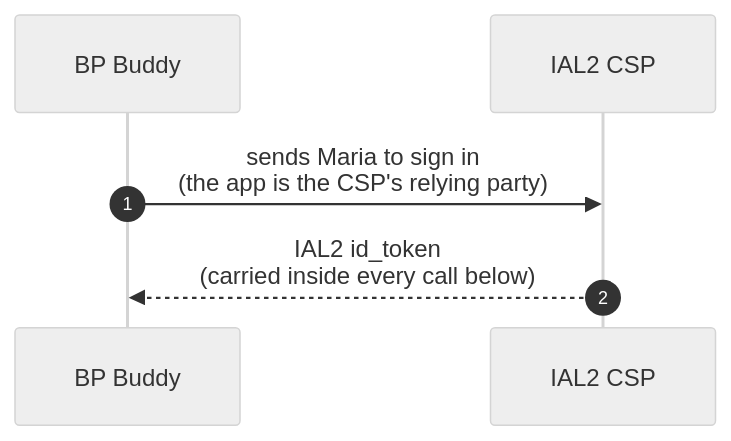
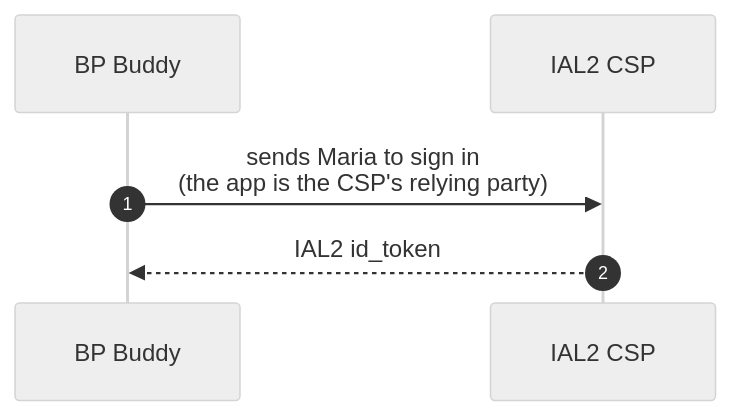
The eighth of 10 diagrams in authorizing-access.md (icanbwell/cms-ns), drawn with Mermaid (neutral theme) before and after one commit. The commit also changed other lines of this file, not shown here.

````diff
--- a/authorizing-access.md
+++ b/authorizing-access.md
@@ -224,9 +224,9 @@
 ```mermaid
 sequenceDiagram
     autonumber
     participant App as BP Buddy
     participant CSP as IAL2 CSP
 
     App->>CSP: sends Maria to sign in<br/>(the app is the CSP's relying party)
-    CSP-->>App: IAL2 id_token<br/>(carried inside every call below)
+    CSP-->>App: IAL2 id_token
 ```
````
